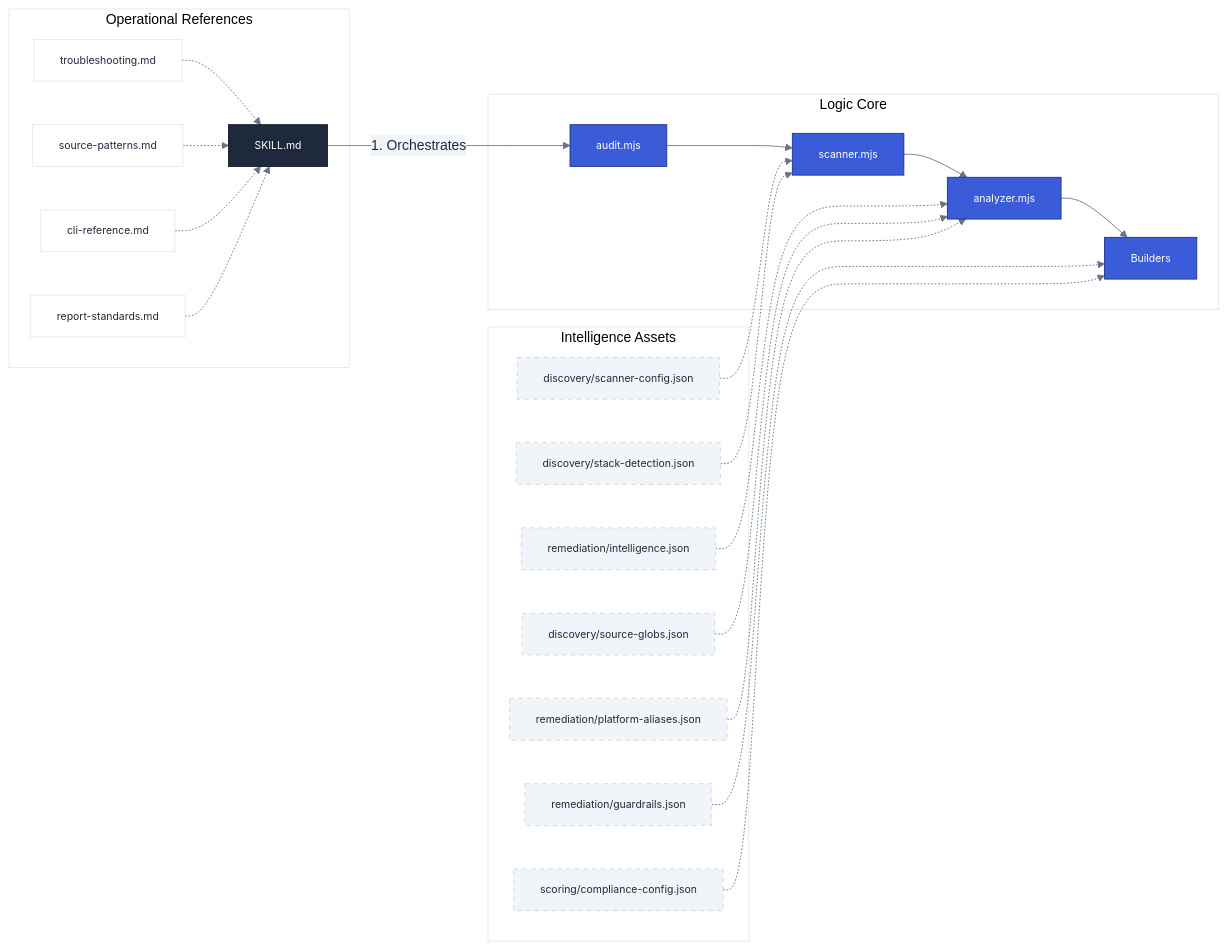
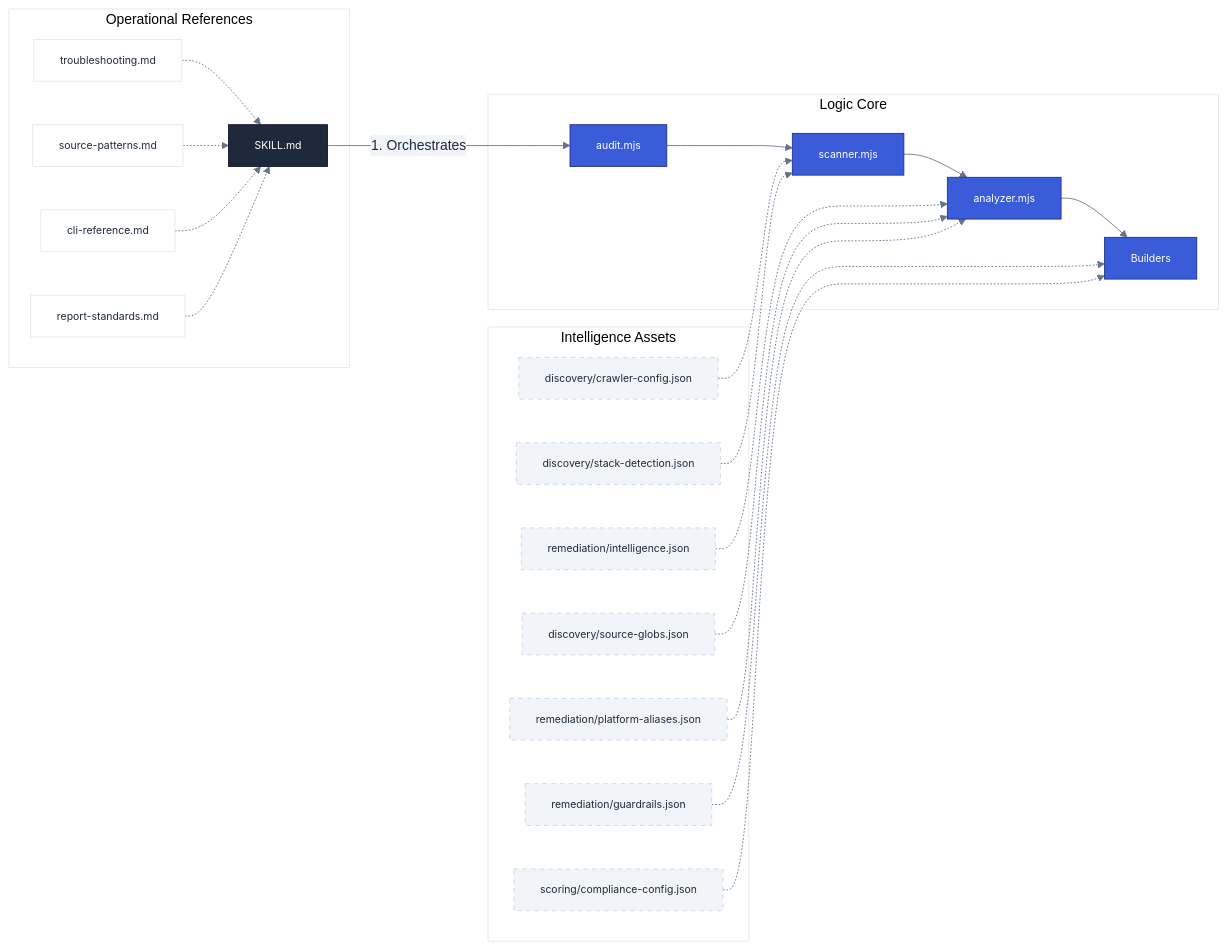
One commit to diegovelasquezweb/a11y-skill changed the second of 2 diagrams in docs/engine-manifest.md. Above: the diagram before and after it, drawn with Mermaid. The commit also changed other lines of this file and 3 other files, not shown here.

Commit message:
refactor: rename scanner-config.json to crawler-config.json and embed axe tags directly in scanner.mjs.

````diff
--- a/docs/engine-manifest.md
+++ b/docs/engine-manifest.md
@@ -116,37 +116,37 @@
 ```mermaid
 %%{init: { 'theme': 'base', 'themeVariables': { 'primaryColor': '#3b5cd9', 'primaryTextColor': '#1e293b', 'primaryBorderColor': '#1e308a', 'lineColor': '#64748b', 'secondaryColor': '#f1f5f9', 'tertiaryColor': '#fff', 'mainBkg': '#fff', 'nodeBorder': '#e2e8f0' } } }%%
 flowchart LR
     A[SKILL.md] -- "1. Orchestrates" --> B[audit.mjs]
 
     subgraph Engine ["Logic Core"]
         B --> C[scanner.mjs]
         C --> D[analyzer.mjs]
         D --> E[Builders]
     end
 
     subgraph Data ["Intelligence Assets"]
-        AS1[discovery/scanner-config.json] -.-> C
+        AS1[discovery/crawler-config.json] -.-> C
         AS2[discovery/stack-detection.json] -.-> C
         AS3[remediation/intelligence.json] -.-> D
         AS4[discovery/source-globs.json] -.-> D
         AS5[remediation/platform-aliases.json] -.-> D
         AS6[remediation/guardrails.json] -.-> E
         AS7[scoring/compliance-config.json] -.-> E
     end
 
     subgraph Knowledge ["Operational References"]
         R1[troubleshooting.md] -.-> A
         R2[source-patterns.md] -.-> A
         R3[cli-reference.md] -.-> A
         R4[report-standards.md] -.-> A
     end
 
     classDef default font-family:Inter,sans-serif,font-size:12px;
     classDef playbook fill:#1e293b,color:#fff,stroke:#0f172a;
     classDef core fill:#3b5cd9,color:#fff,stroke:#1e308a;
     classDef storage fill:#f1f5f9,stroke:#cbd5e1,stroke-dasharray: 5 5;
 
     class A playbook;
     class B,C,D,E core;
     class AS1,AS2,AS3,AS4,AS5,AS6,AS7 storage;
 ```
````
